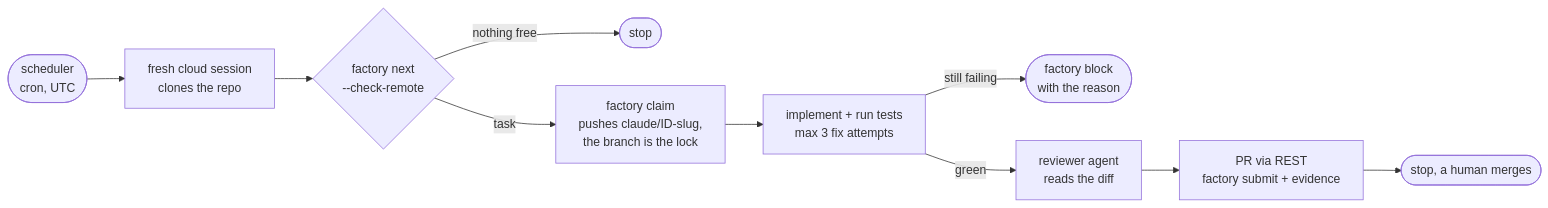
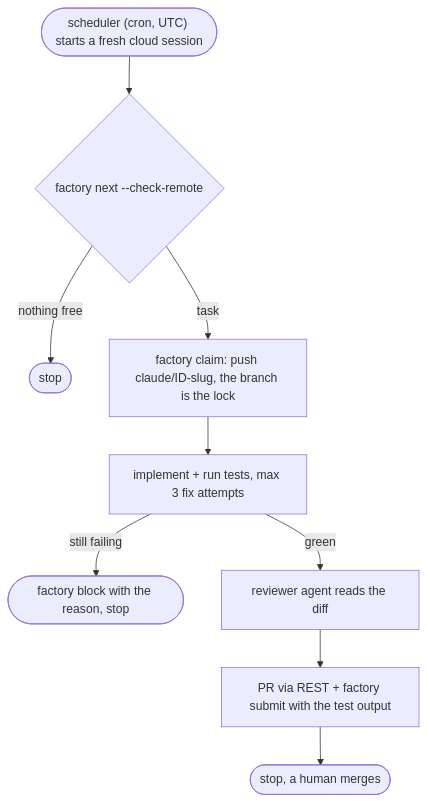
Before and after one commit to ugurdeniz39/nightshift-agents: the diagram in README.md, drawn with Mermaid.

Commit message:
docs: draw the night-run diagram top-down so it stays legible

````diff
--- a/README.md
+++ b/README.md
@@ -78,12 +78,11 @@
 ```mermaid
-flowchart LR
-    S(["scheduler<br/>cron, UTC"]) --> C["fresh cloud session<br/>clones the repo"]
-    C --> N{"factory next<br/>--check-remote"}
+flowchart TD
+    S(["scheduler (cron, UTC) starts a fresh cloud session"]) --> N{"factory next --check-remote"}
     N -- "nothing free" --> Z(["stop"])
-    N -- "task" --> L["factory claim<br/>pushes claude/ID-slug,<br/>the branch is the lock"]
-    L --> I["implement + run tests<br/>max 3 fix attempts"]
-    I -- "still failing" --> B(["factory block<br/>with the reason"])
-    I -- "green" --> R["reviewer agent<br/>reads the diff"]
-    R --> P["PR via REST<br/>factory submit + evidence"]
+    N -- "task" --> L["factory claim: push claude/ID-slug, the branch is the lock"]
+    L --> I["implement + run tests, max 3 fix attempts"]
+    I -- "still failing" --> B(["factory block with the reason, stop"])
+    I -- "green" --> R["reviewer agent reads the diff"]
+    R --> P["PR via REST + factory submit with the test output"]
     P --> H(["stop, a human merges"])
 ```
````
